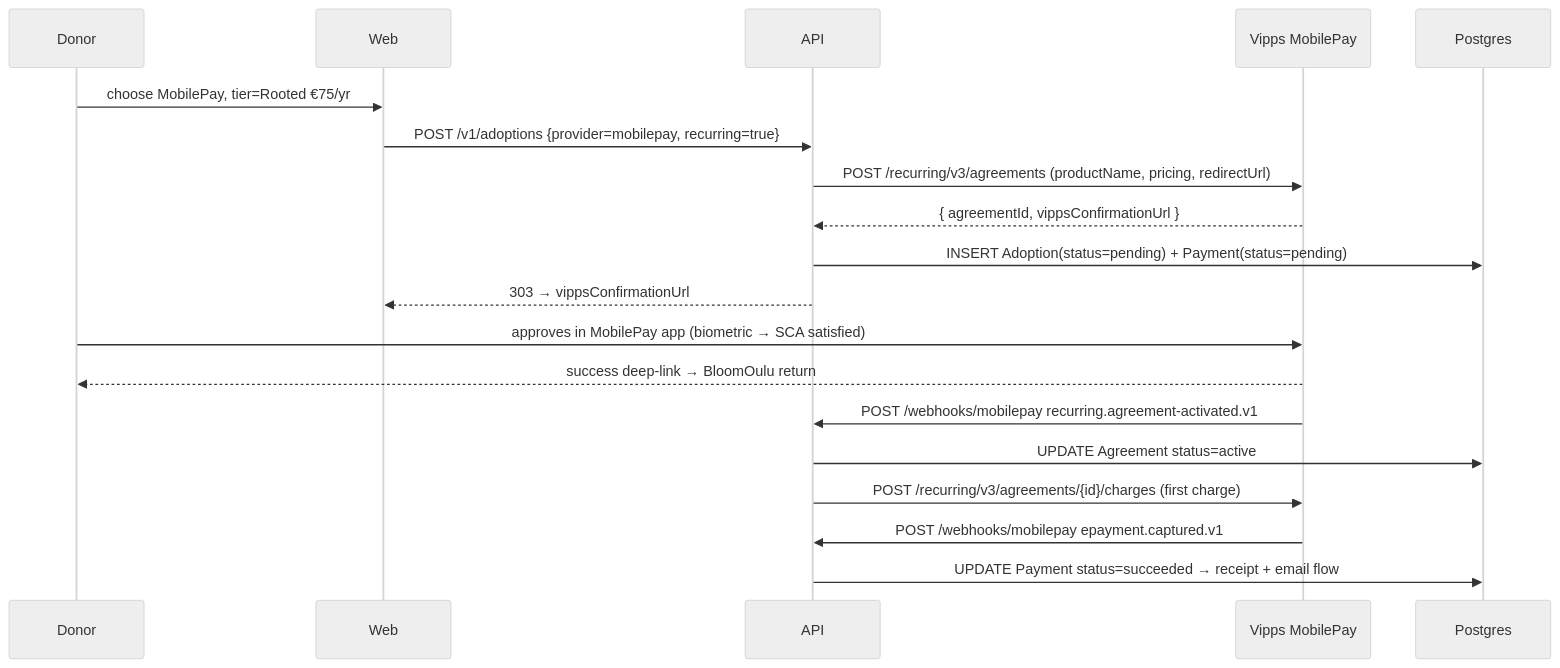
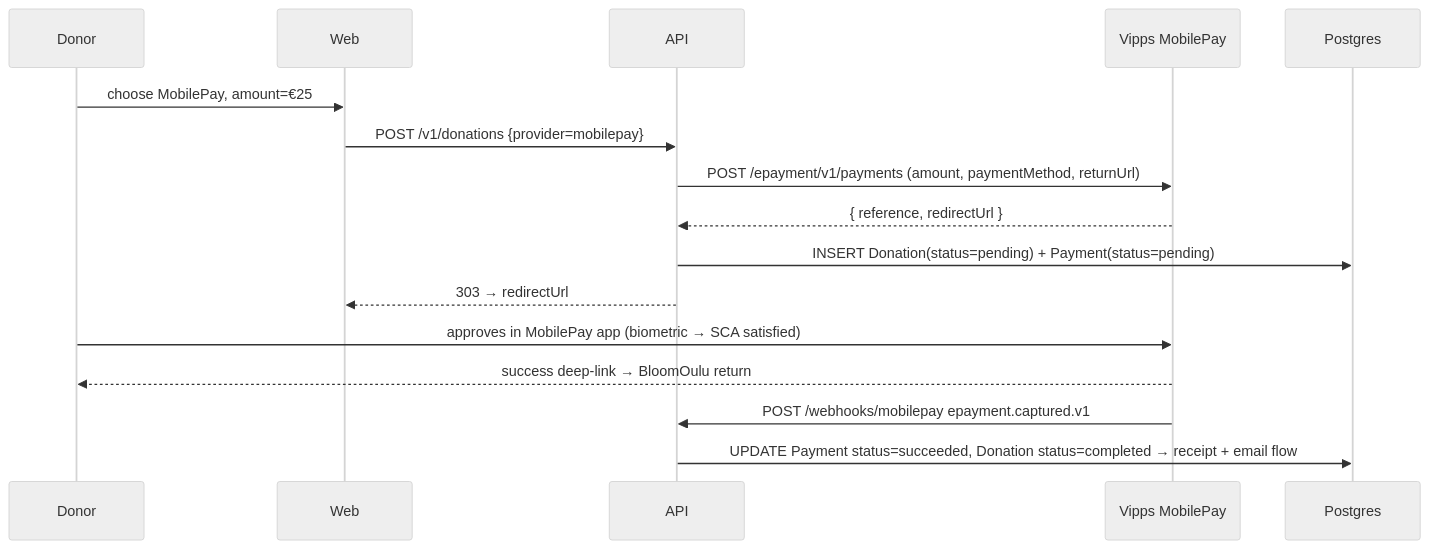
Before and after one commit to hsn07pk/BloomOulu: the fourth of 6 diagrams in production/docs/system-design.md, drawn with Mermaid (neutral theme). The commit also changed other lines of this file and 120 other files, not shown here.

````diff
--- a/production/docs/system-design.md
+++ b/production/docs/system-design.md
@@ -138,23 +138,20 @@
 ```mermaid
 sequenceDiagram
   participant D as Donor
   participant W as Web
   participant A as API
   participant V as Vipps MobilePay
   participant DB as Postgres
 
-  D->>W: choose MobilePay, tier=Rooted €75/yr
-  W->>A: POST /v1/adoptions {provider=mobilepay, recurring=true}
-  A->>V: POST /recurring/v3/agreements (productName, pricing, redirectUrl)
-  V-->>A: { agreementId, vippsConfirmationUrl }
-  A->>DB: INSERT Adoption(status=pending) + Payment(status=pending)
-  A-->>W: 303 → vippsConfirmationUrl
+  D->>W: choose MobilePay, amount=€25
+  W->>A: POST /v1/donations {provider=mobilepay}
+  A->>V: POST /epayment/v1/payments (amount, paymentMethod, returnUrl)
+  V-->>A: { reference, redirectUrl }
+  A->>DB: INSERT Donation(status=pending) + Payment(status=pending)
+  A-->>W: 303 → redirectUrl
 
   D->>V: approves in MobilePay app (biometric → SCA satisfied)
   V-->>D: success deep-link → BloomOulu return
-  V->>A: POST /webhooks/mobilepay recurring.agreement-activated.v1
-  A->>DB: UPDATE Agreement status=active
-  A->>V: POST /recurring/v3/agreements/{id}/charges (first charge)
   V->>A: POST /webhooks/mobilepay epayment.captured.v1
-  A->>DB: UPDATE Payment status=succeeded → receipt + email flow
+  A->>DB: UPDATE Payment status=succeeded, Donation status=completed → receipt + email flow
 ```
````
